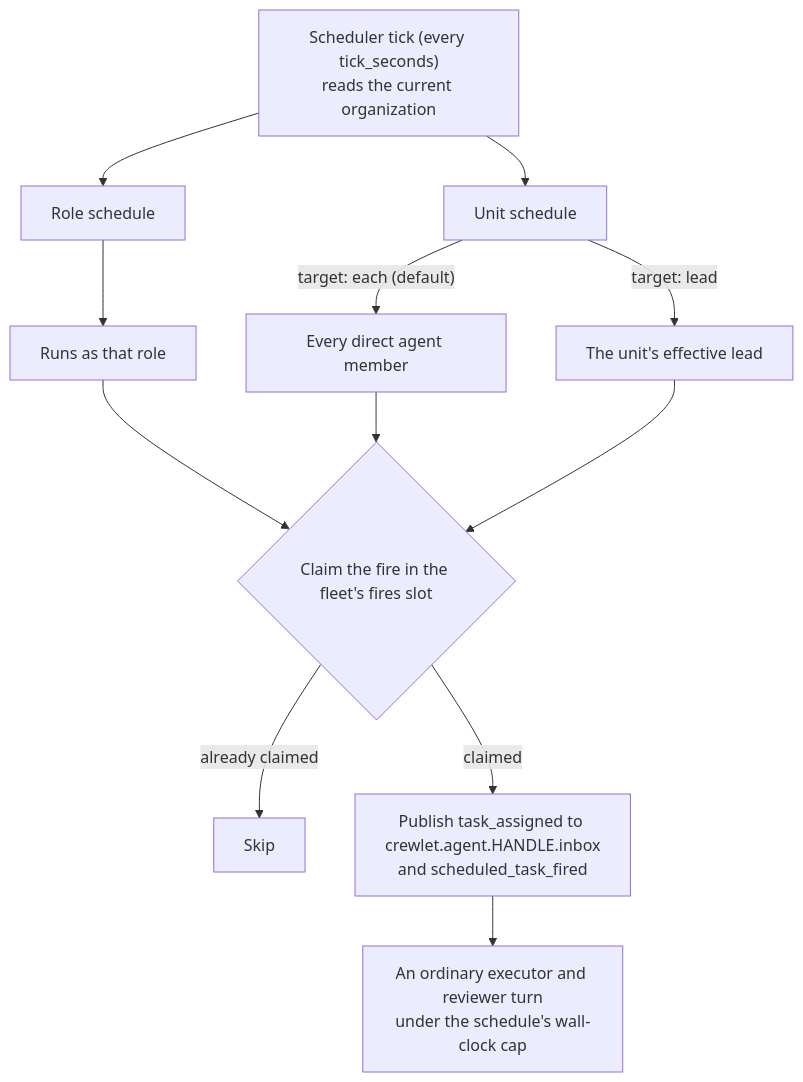
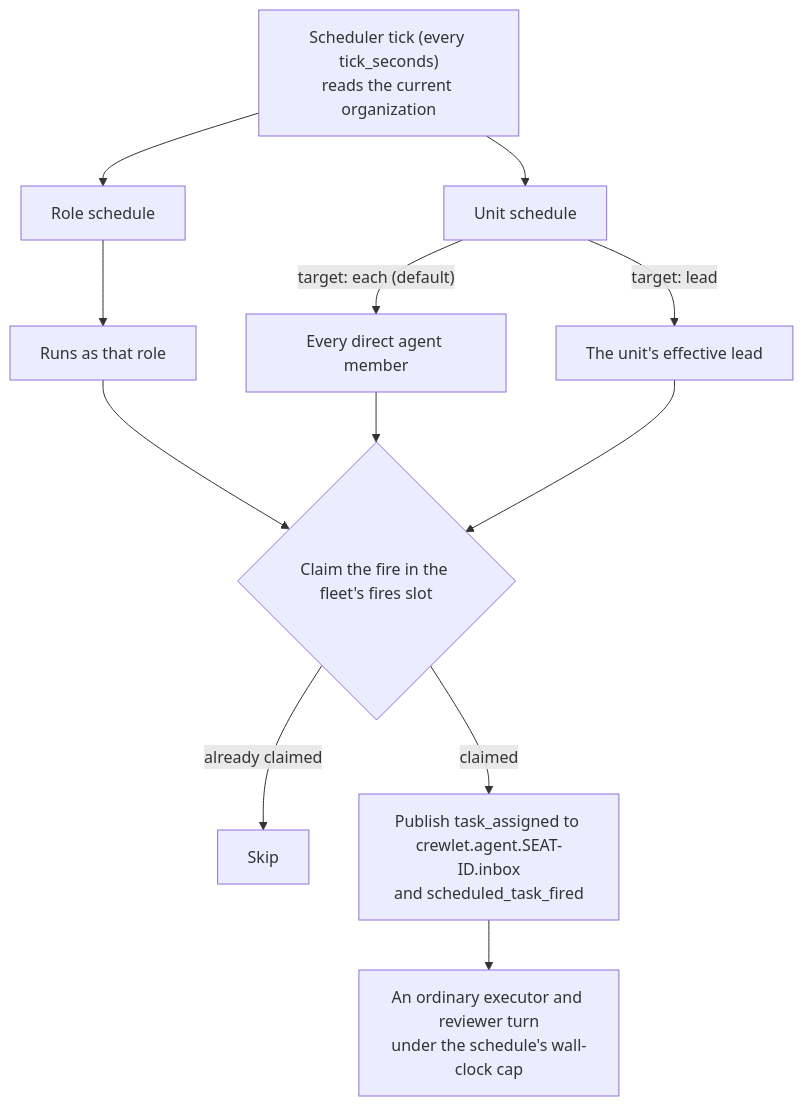
Before and after one commit to crewlet/crewlet: the diagram in docs/concepts/scheduling.md, drawn with Mermaid. The commit also changed other lines of this file and 19 other files, not shown here.

````diff
--- a/docs/concepts/scheduling.md
+++ b/docs/concepts/scheduling.md
@@ -35,16 +35,16 @@
 ```mermaid
 flowchart TD
     T["Scheduler tick (every tick_seconds)<br/>reads the current organization"]
     T --> RS["Role schedule"]
     T --> US["Unit schedule"]
     RS --> ROLE["Runs as that role"]
     US -->|"target: each (default)"| EACH["Every direct agent member"]
     US -->|"target: lead"| LEAD["The unit's effective lead"]
     ROLE --> C
     EACH --> C
     LEAD --> C
     C{"Claim the fire in the fleet's fires slot"}
     C -->|"already claimed"| SKIP["Skip"]
-    C -->|"claimed"| P["Publish task_assigned to crewlet.agent.HANDLE.inbox<br/>and scheduled_task_fired"]
+    C -->|"claimed"| P["Publish task_assigned to crewlet.agent.SEAT-ID.inbox<br/>and scheduled_task_fired"]
     P --> TURN["An ordinary executor and reviewer turn<br/>under the schedule's wall-clock cap"]
 ```
````
